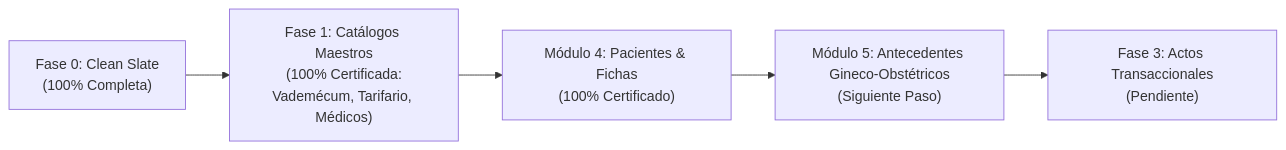
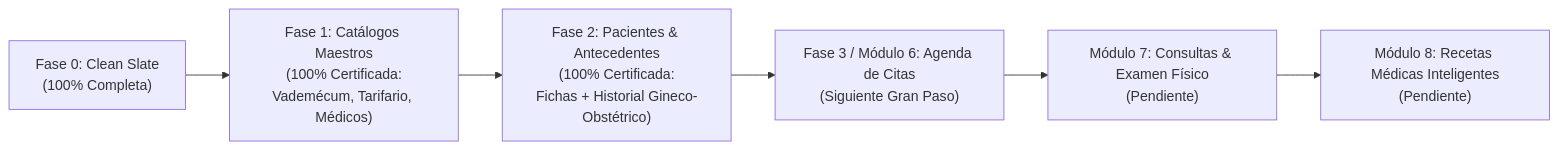
The diagram in docs/PROGRESS.md (VinKE3/cendo-demo), drawn with Mermaid before and after one commit. The commit also changed other lines of this file and 9 other files, not shown here.

Commit message:
feat(antecedentes): modular architecture, gestational age calculator and certified backgrounds CRUD

````diff
--- a/docs/PROGRESS.md
+++ b/docs/PROGRESS.md
@@ -23,7 +23,8 @@
 ```mermaid
 flowchart LR
     Fase0["Fase 0: Clean Slate\n(100% Completa)"] --> Fase1["Fase 1: Catálogos Maestros\n(100% Certificada:\nVademécum, Tarifario, Médicos)"]
-    Fase1 --> Mod4["Módulo 4: Pacientes & Fichas\n(100% Certificado)"]
-    Mod4 --> Mod5["Módulo 5: Antecedentes Gineco-Obstétricos\n(Siguiente Paso)"]
-    Mod5 --> Fase3["Fase 3: Actos Transaccionales\n(Pendiente)"]
+    Fase1 --> Fase2["Fase 2: Pacientes & Antecedentes\n(100% Certificada:\nFichas + Historial Gineco-Obstétrico)"]
+    Fase2 --> Mod6["Fase 3 / Módulo 6: Agenda de Citas\n(Siguiente Gran Paso)"]
+    Mod6 --> Mod7["Módulo 7: Consultas & Examen Físico\n(Pendiente)"]
+    Mod7 --> Mod8["Módulo 8: Recetas Médicas Inteligentes\n(Pendiente)"]
 ```
````
